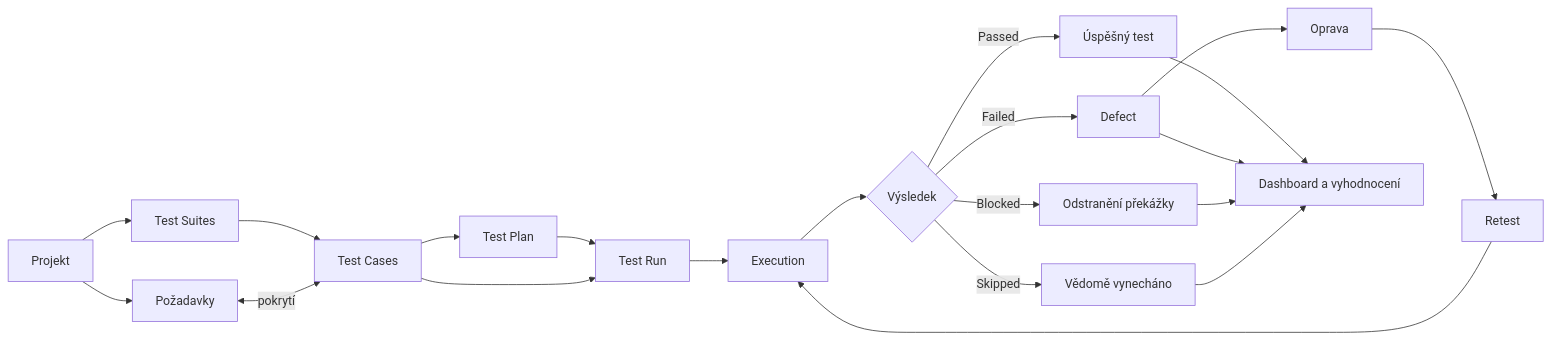
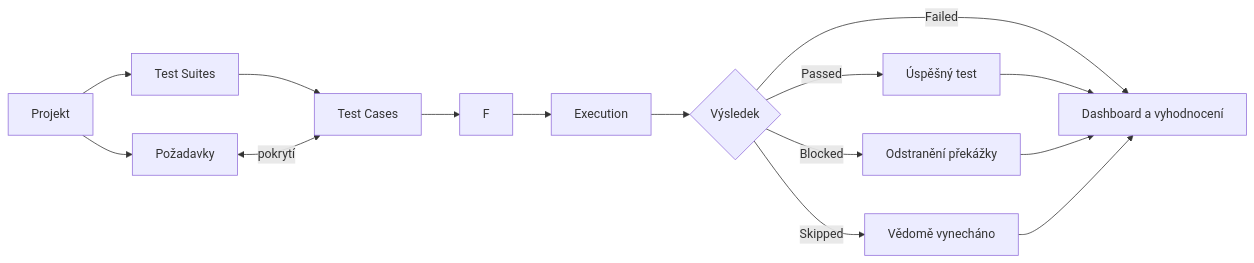
Before and after one commit to zW-iwnl/LOL: the first of 6 diagrams in docs/zadani-a-architektura.md, drawn with Mermaid. The commit also changed other lines of this file and 182 other files, not shown here.

````diff
--- a/docs/zadani-a-architektura.md
+++ b/docs/zadani-a-architektura.md
@@ -68,23 +62,17 @@
 ```mermaid
 flowchart LR
     A[Projekt] --> B[Požadavky]
     A --> C[Test Suites]
     C --> D[Test Cases]
     B <-->|pokrytí| D
-    D --> E[Test Plan]
-    E --> F[Test Run]
     D --> F
     F --> G[Execution]
     G --> H{Výsledek}
     H -->|Passed| I[Úspěšný test]
-    H -->|Failed| J[Defect]
+    H -->|Failed| O[Dashboard a vyhodnocení]
     H -->|Blocked| K[Odstranění překážky]
     H -->|Skipped| L[Vědomě vynecháno]
-    J --> M[Oprava]
-    M --> N[Retest]
-    N --> G
     I --> O[Dashboard a vyhodnocení]
-    J --> O
     K --> O
     L --> O
 ```
````
